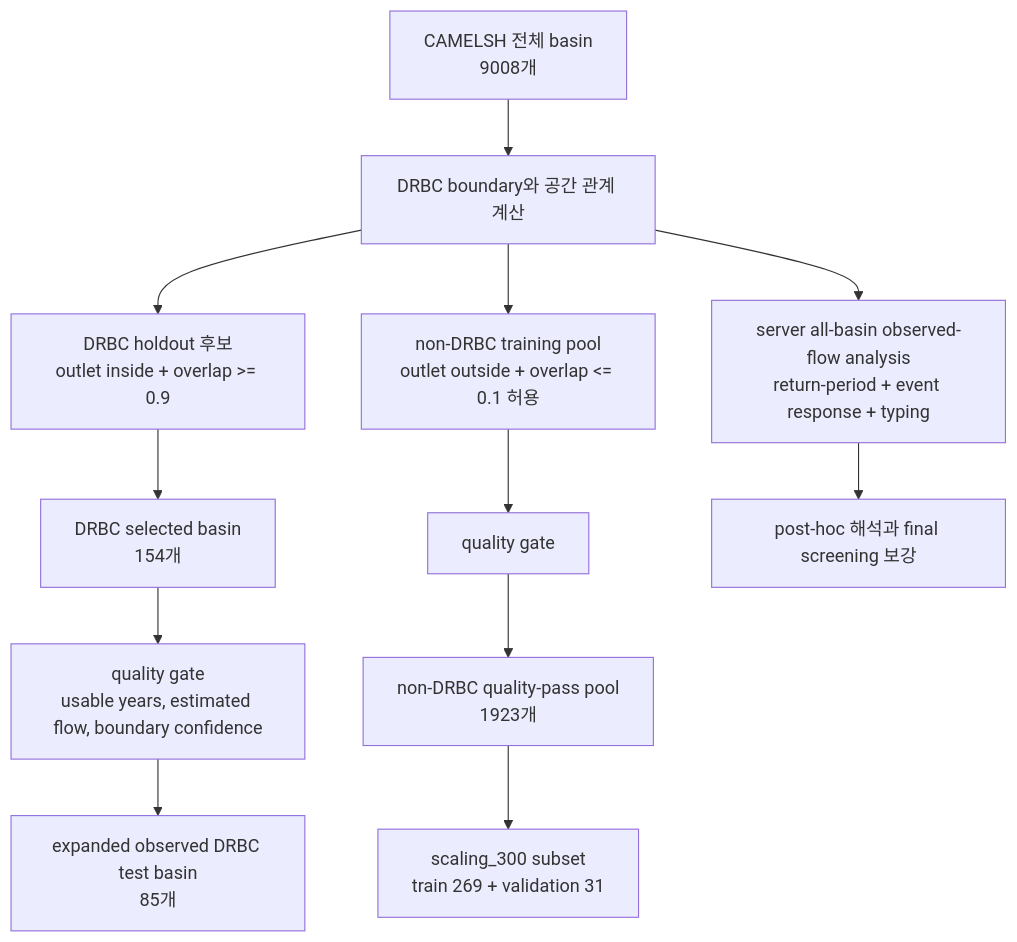
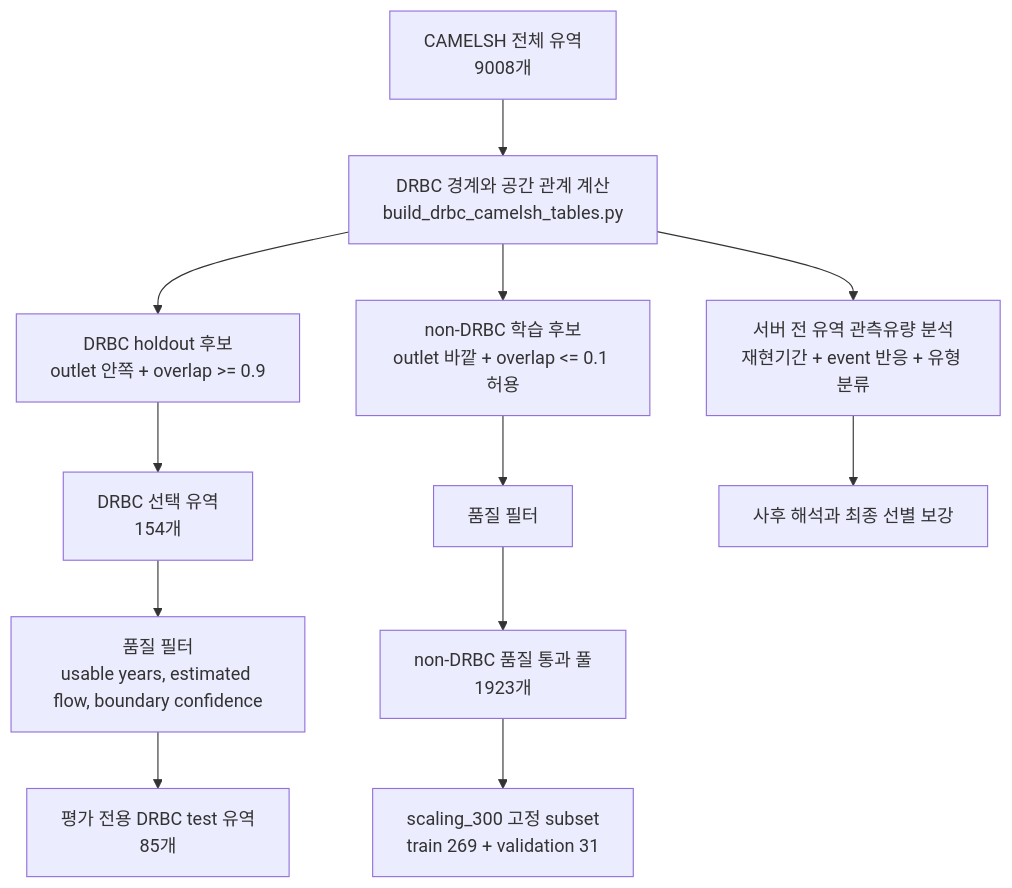
Before and after one commit to mossyantler/flood-underestimation-lstm: the first of 2 diagrams in docs/explain/05_basin_analysis_method.md, drawn with Mermaid. The commit also changed other lines of this file and 13 other files, not shown here.

````diff
--- a/docs/explain/05_basin_analysis_method.md
+++ b/docs/explain/05_basin_analysis_method.md
@@ -5,14 +7,14 @@
 ```mermaid
 flowchart TD
-    A["CAMELSH 전체 basin<br/>9008개"] --> B["DRBC boundary와 공간 관계 계산"]
-    B --> C["DRBC holdout 후보<br/>outlet inside + overlap >= 0.9"]
-    B --> D["non-DRBC training pool<br/>outlet outside + overlap <= 0.1 허용"]
-    C --> E["DRBC selected basin<br/>154개"]
-    E --> F["quality gate<br/>usable years, estimated flow, boundary confidence"]
-    F --> G["expanded observed DRBC test basin<br/>85개"]
-    D --> H["quality gate"]
-    H --> I["non-DRBC quality-pass pool<br/>1923개"]
-    I --> J["scaling_300 subset<br/>train 269 + validation 31"]
-    B --> K["server all-basin observed-flow analysis<br/>return-period + event response + typing"]
-    K --> L["post-hoc 해석과 final screening 보강"]
+    A["CAMELSH 전체 유역<br/>9008개"] --> B["DRBC 경계와 공간 관계 계산<br/>build_drbc_camelsh_tables.py"]
+    B --> C["DRBC holdout 후보<br/>outlet 안쪽 + overlap >= 0.9"]
+    B --> D["non-DRBC 학습 후보<br/>outlet 바깥 + overlap <= 0.1 허용"]
+    C --> E["DRBC 선택 유역<br/>154개"]
+    E --> F["품질 필터<br/>usable years, estimated flow, boundary confidence"]
+    F --> G["평가 전용 DRBC test 유역<br/>85개"]
+    D --> H["품질 필터"]
+    H --> I["non-DRBC 품질 통과 풀<br/>1923개"]
+    I --> J["scaling_300 고정 subset<br/>train 269 + validation 31"]
+    B --> K["서버 전 유역 관측유량 분석<br/>재현기간 + event 반응 + 유형 분류"]
+    K --> L["사후 해석과 최종 선별 보강"]
 ```
````
